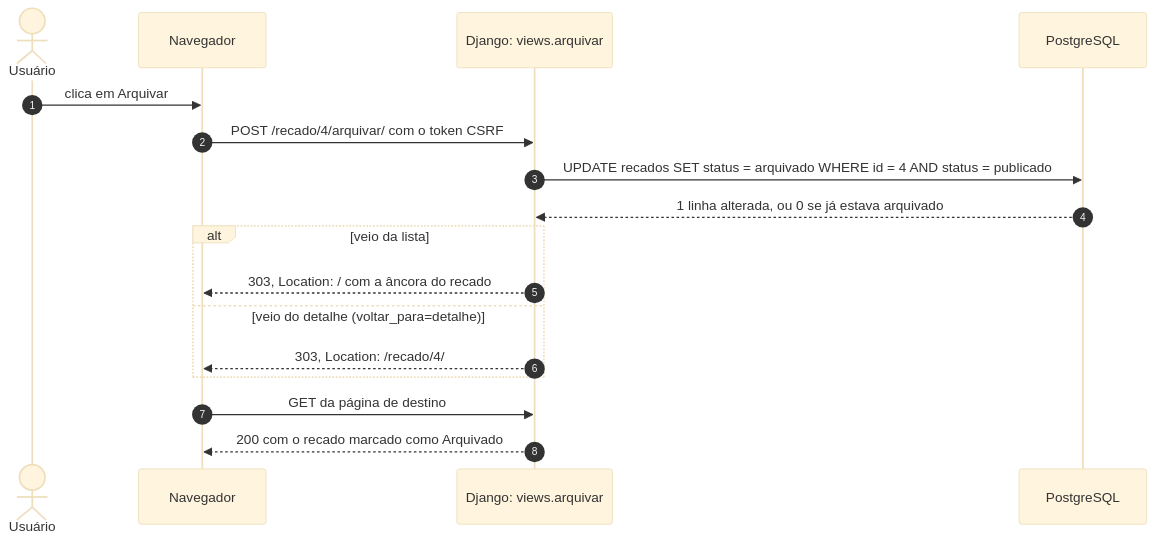
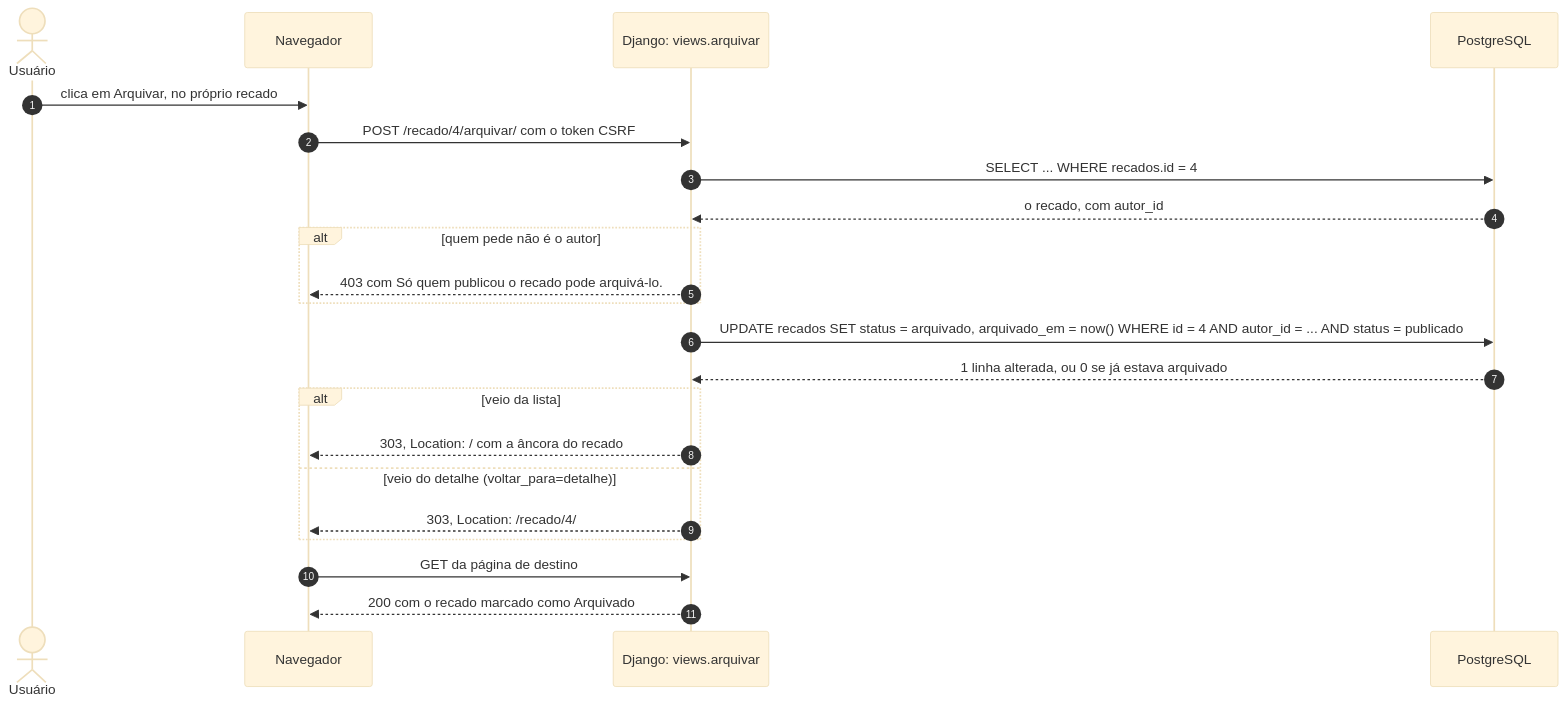
The sixth of 11 diagrams in docs/funcionamento.md (jacksongomesbr/uft-cc-dwm-mini-mural-django), drawn with Mermaid (base theme) before and after one commit. The commit also changed other lines of this file and 7 other files, not shown here.

````diff
--- a/docs/funcionamento.md
+++ b/docs/funcionamento.md
@@ -229,20 +234,25 @@
 ```mermaid
 sequenceDiagram
     autonumber
     actor U as Usuário
     participant N as Navegador
     participant D as Django: views.arquivar
     participant B as PostgreSQL
 
-    U->>N: clica em Arquivar
+    U->>N: clica em Arquivar, no próprio recado
     N->>D: POST /recado/4/arquivar/ com o token CSRF
-    D->>B: UPDATE recados SET status = arquivado WHERE id = 4 AND status = publicado
+    D->>B: SELECT ... WHERE recados.id = 4
+    B-->>D: o recado, com autor_id
+    alt quem pede não é o autor
+        D-->>N: 403 com Só quem publicou o recado pode arquivá-lo.
+    end
+    D->>B: UPDATE recados SET status = arquivado, arquivado_em = now() WHERE id = 4 AND autor_id = ... AND status = publicado
     B-->>D: 1 linha alterada, ou 0 se já estava arquivado
     alt veio da lista
         D-->>N: 303, Location: / com a âncora do recado
     else veio do detalhe (voltar_para=detalhe)
         D-->>N: 303, Location: /recado/4/
     end
     N->>D: GET da página de destino
     D-->>N: 200 com o recado marcado como Arquivado
 ```
````
